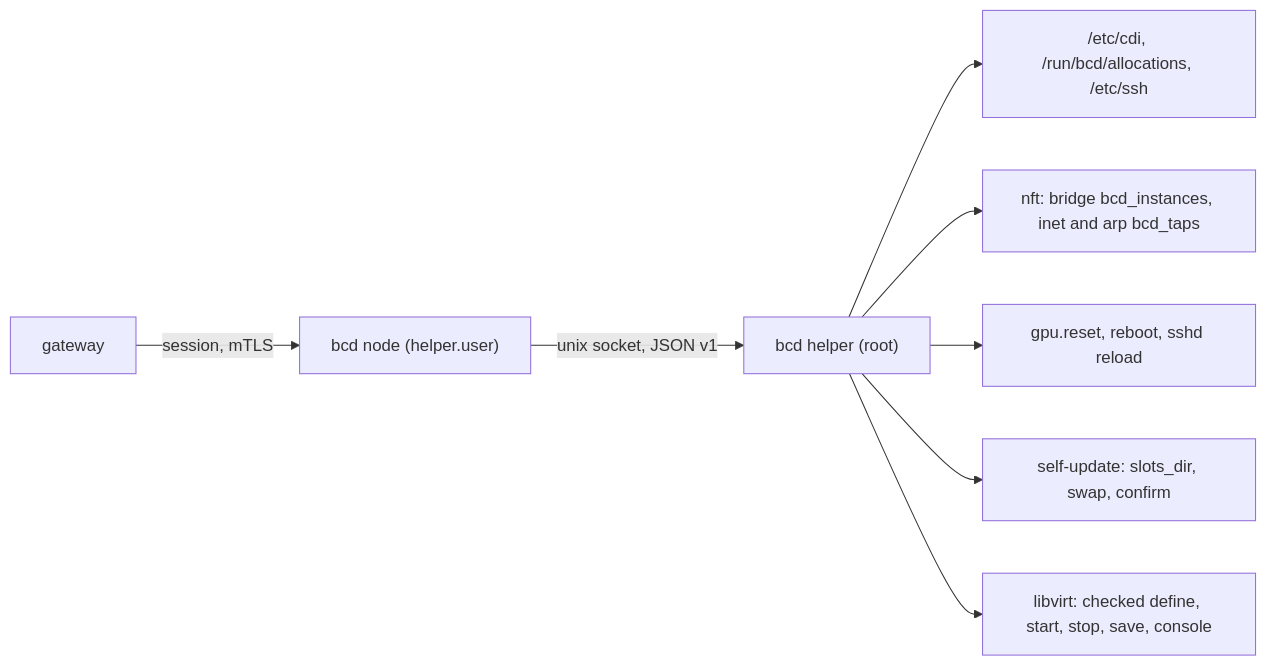
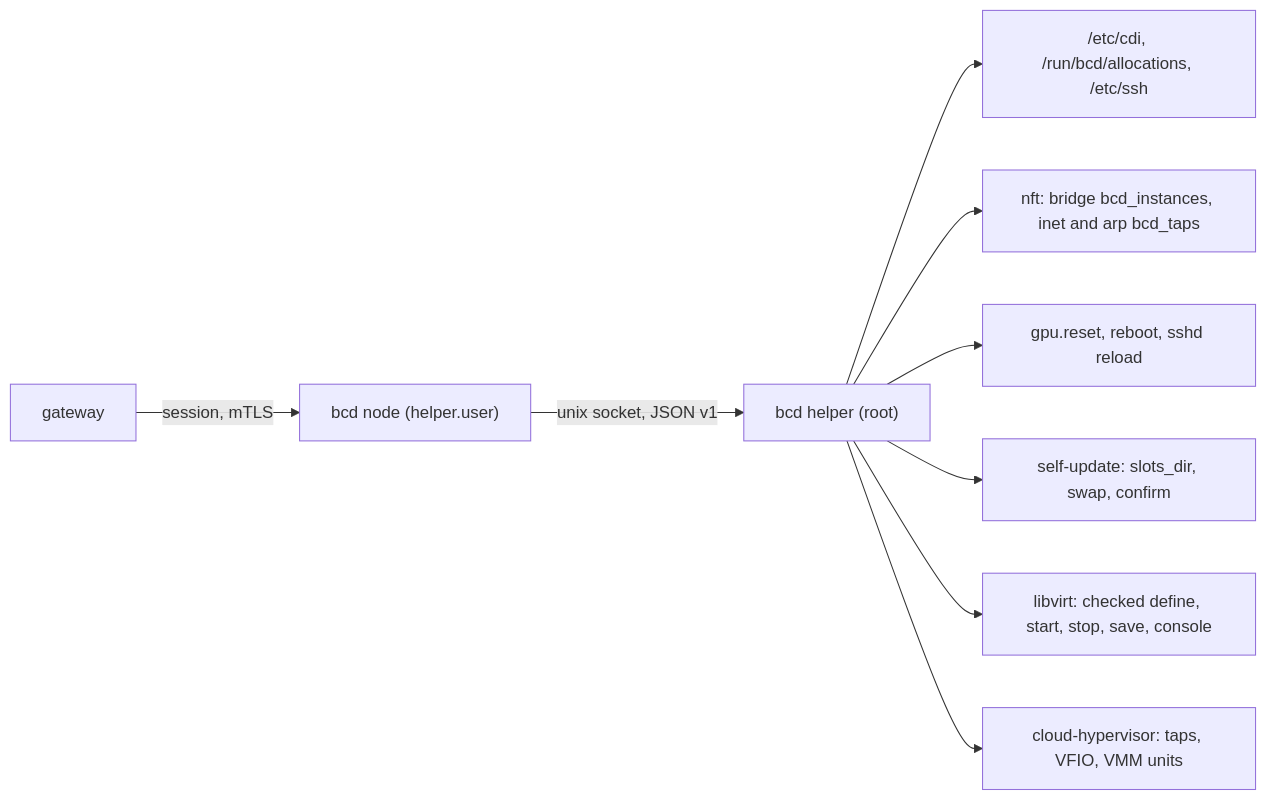
One commit to Better-Compute/better-compute changed the second of 2 diagrams in apps/docs/content/docs/daemon/index.mdx. Above: the diagram before and after it, drawn with Mermaid. The commit also changed other lines of this file and 11 other files, not shown here.

First line of the commit message:
docs: the node key in the TPM, cloud-hypervisor under the helper, unreadable releases NoSchedule (cycle 21)

````diff
--- a/apps/docs/content/docs/daemon/index.mdx
+++ b/apps/docs/content/docs/daemon/index.mdx
@@ -397,10 +402,11 @@
 ```mermaid
 flowchart LR
   G["gateway"] -->|"session, mTLS"| N["bcd node (helper.user)"]
   N -->|"unix socket, JSON v1"| H["bcd helper (root)"]
   H --> F["/etc/cdi, /run/bcd/allocations, /etc/ssh"]
   H --> T["nft: bridge bcd_instances, inet and arp bcd_taps"]
   H --> R["gpu.reset, reboot, sshd reload"]
   H --> U["self-update: slots_dir, swap, confirm"]
   H --> L["libvirt: checked define, start, stop, save, console"]
+  H --> C["cloud-hypervisor: taps, VFIO, VMM units"]
 ```
````
